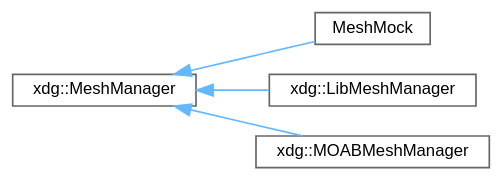
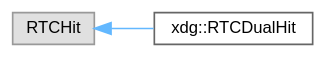
Before and after one commit to xdg-org/xdg: the diagram in inherit_graph_9.dot, drawn with Graphviz. The commit also changed 95 other files, not shown here.

```diff
--- a/inherit_graph_9.dot
+++ b/inherit_graph_9.dot
@@ -1,15 +1,11 @@
 digraph "Graphical Class Hierarchy"
 {
  // LATEX_PDF_SIZE
   bgcolor="transparent";
   edge [fontname=Helvetica,fontsize=10,labelfontname=Helvetica,labelfontsize=10];
   node [fontname=Helvetica,fontsize=10,shape=box,height=0.2,width=0.4];
   rankdir="LR";
-  Node0 [id="Node000000",label="xdg::MeshManager",height=0.2,width=0.4,color="grey40", fillcolor="white", style="filled",URL="$classxdg_1_1MeshManager.html",tooltip=" "];
-  Node0 -> Node1 [id="edge10_Node000000_Node000001",dir="back",color="steelblue1",style="solid",tooltip=" "];
-  Node1 [id="Node000001",label="MeshMock",height=0.2,width=0.4,color="grey40", fillcolor="white", style="filled",URL="$classMeshMock.html",tooltip=" "];
-  Node0 -> Node2 [id="edge11_Node000000_Node000002",dir="back",color="steelblue1",style="solid",tooltip=" "];
-  Node2 [id="Node000002",label="xdg::LibMeshManager",height=0.2,width=0.4,color="grey40", fillcolor="white", style="filled",URL="$classxdg_1_1LibMeshManager.html",tooltip=" "];
-  Node0 -> Node3 [id="edge12_Node000000_Node000003",dir="back",color="steelblue1",style="solid",tooltip=" "];
-  Node3 [id="Node000003",label="xdg::MOABMeshManager",height=0.2,width=0.4,color="grey40", fillcolor="white", style="filled",URL="$classxdg_1_1MOABMeshManager.html",tooltip=" "];
+  Node0 [id="Node000000",label="RTCHit",height=0.2,width=0.4,color="grey60", fillcolor="#E0E0E0", style="filled",tooltip=" "];
+  Node0 -> Node1 [id="edge4_Node000000_Node000001",dir="back",color="steelblue1",style="solid",tooltip=" "];
+  Node1 [id="Node000001",label="xdg::RTCDualHit",height=0.2,width=0.4,color="grey40", fillcolor="white", style="filled",URL="$structxdg_1_1RTCDualHit.html",tooltip=" "];
 }
```
